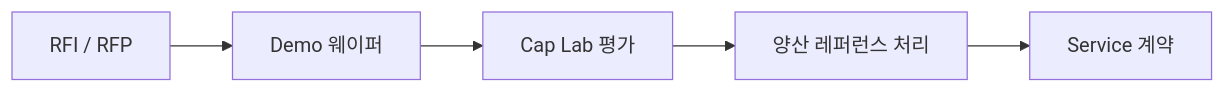
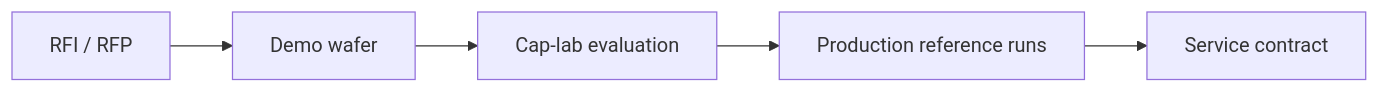
The diagram in docs/03-defect/c10-new-process.md (btjeon/sic-wiki), drawn with Mermaid before and after one commit. The commit also changed other lines of this file and 14 other files, not shown here.

````diff
--- a/docs/03-defect/c10-new-process.md
+++ b/docs/03-defect/c10-new-process.md
@@ -37,7 +37,7 @@
 ```mermaid
 flowchart LR
-    A[RFI / RFP] --> B[Demo 웨이퍼]
-    B --> C[Cap Lab 평가]
-    C --> D[양산 레퍼런스 처리]
-    D --> E[Service 계약]
+    A[RFI / RFP] --> B[Demo wafer]
+    B --> C[Cap-lab evaluation]
+    C --> D[Production reference runs]
+    D --> E[Service contract]
 ```
````
